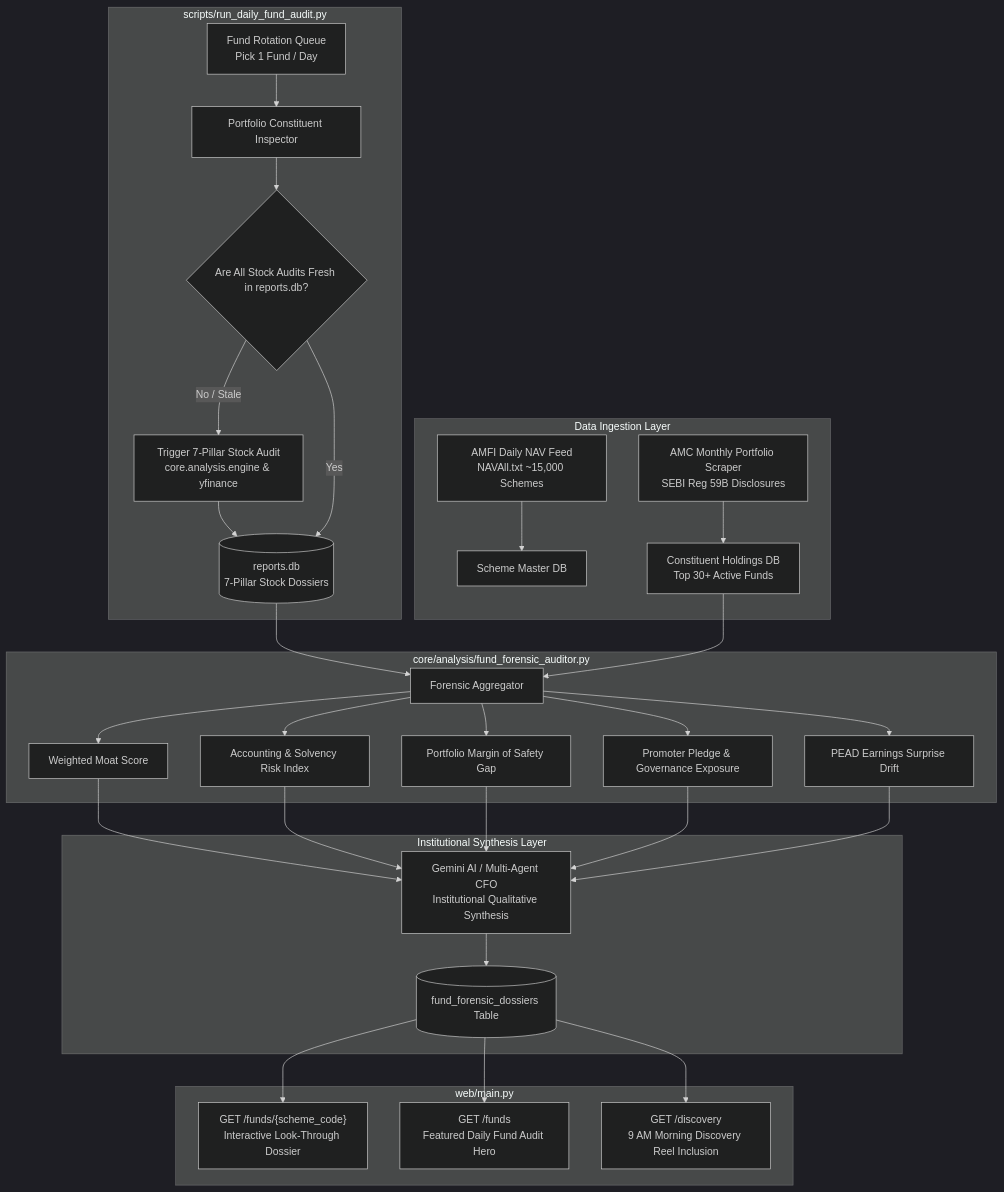
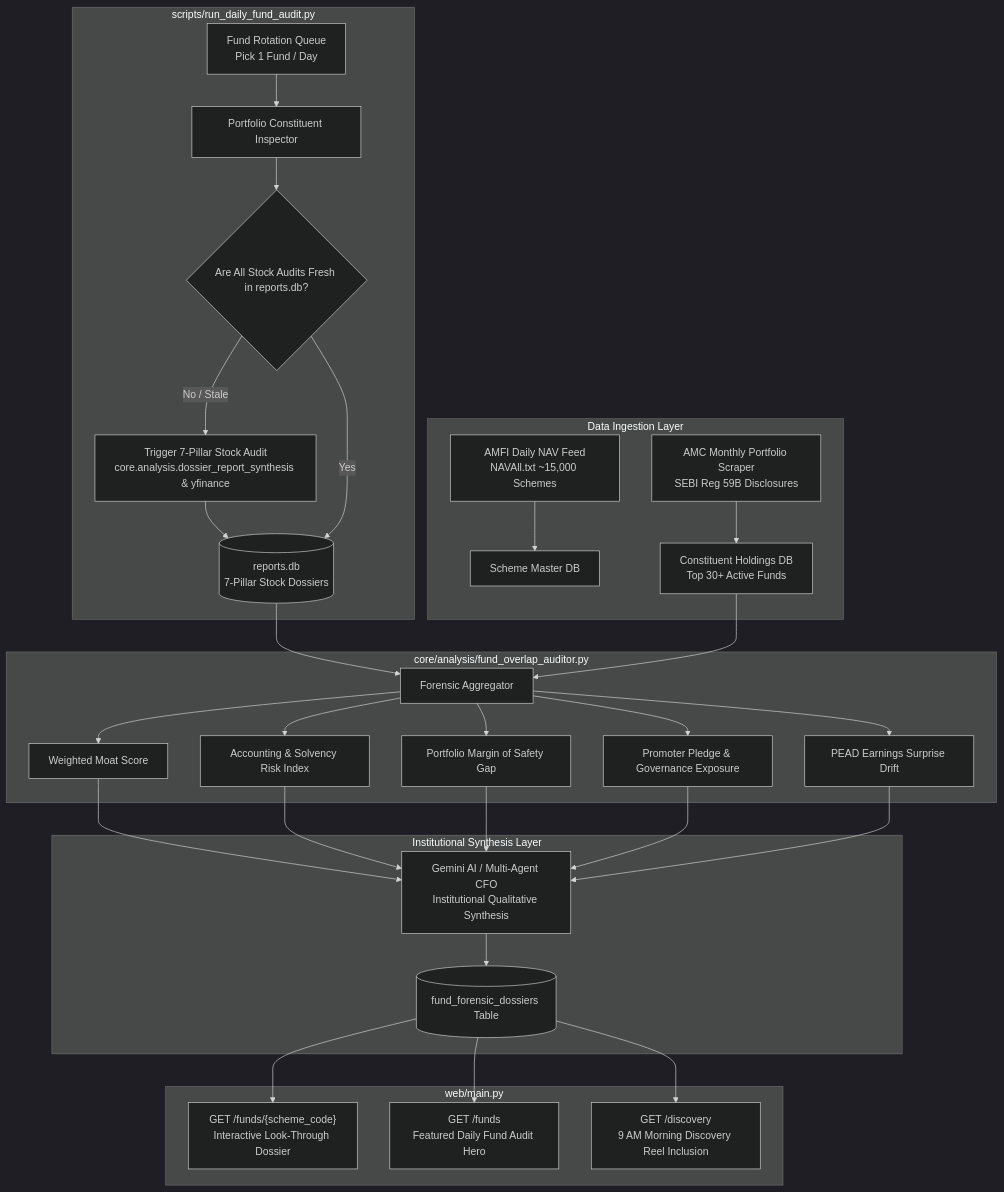
The diagram in docs/mutual_fund_forensic_lookthrough_architecture.md (jaktheripper-bot/Stock_Research_App), drawn with Mermaid (dark theme) before and after one commit. The commit also changed other lines of this file and 65 other files, not shown here.

````diff
--- a/docs/mutual_fund_forensic_lookthrough_architecture.md
+++ b/docs/mutual_fund_forensic_lookthrough_architecture.md
@@ -42,36 +42,36 @@
 ```mermaid
 flowchart TD
     subgraph Data Ingestion Layer
         AMFI[AMFI Daily NAV Feed\nNAVAll.txt ~15,000 Schemes] --> Master[Scheme Master DB]
         AMC_Scraper[AMC Monthly Portfolio Scraper\nSEBI Reg 59B Disclosures] --> Holdings[Constituent Holdings DB\nTop 30+ Active Funds]
     end
 
     subgraph Daily Fund Audit Worker [scripts/run_daily_fund_audit.py]
         Queue[Fund Rotation Queue\nPick 1 Fund / Day] --> Inspector[Portfolio Constituent Inspector]
         Inspector --> Checker{Are All Stock Audits Fresh in reports.db?}
-        Checker -->|No / Stale| StockEngine[Trigger 7-Pillar Stock Audit\ncore.analysis.engine & yfinance]
+        Checker -->|No / Stale| StockEngine[Trigger 7-Pillar Stock Audit\ncore.analysis.dossier_report_synthesis & yfinance]
         StockEngine --> StockDB[(reports.db\n7-Pillar Stock Dossiers)]
         Checker -->|Yes| StockDB
     end
 
-    subgraph Forensic Look-Through Aggregator [core/analysis/fund_forensic_auditor.py]
+    subgraph Forensic Look-Through Aggregator [core/analysis/fund_overlap_auditor.py]
         StockDB --> Aggregator[Forensic Aggregator]
         Holdings --> Aggregator
         Aggregator --> W_Moat[Weighted Moat Score]
         Aggregator --> W_Solv[Accounting & Solvency Risk Index]
         Aggregator --> W_Val[Portfolio Margin of Safety Gap]
         Aggregator --> W_Gov[Promoter Pledge & Governance Exposure]
         Aggregator --> W_PEAD[PEAD Earnings Surprise Drift]
     end
 
     subgraph Institutional Synthesis Layer
         W_Moat & W_Solv & W_Val & W_Gov & W_PEAD --> AISynth[Gemini AI / Multi-Agent CFO\nInstitutional Qualitative Synthesis]
         AISynth --> FundDossierDB[(fund_forensic_dossiers Table)]
     end
 
     subgraph Presentation Layer [web/main.py]
         FundDossierDB --> WebDossier["GET /funds/{scheme_code}\nInteractive Look-Through Dossier"]
         FundDossierDB --> FeaturedHub["GET /funds\nFeatured Daily Fund Audit Hero"]
         FundDossierDB --> DiscoveryReel["GET /discovery\n9 AM Morning Discovery Reel Inclusion"]
     end
 ```
````
